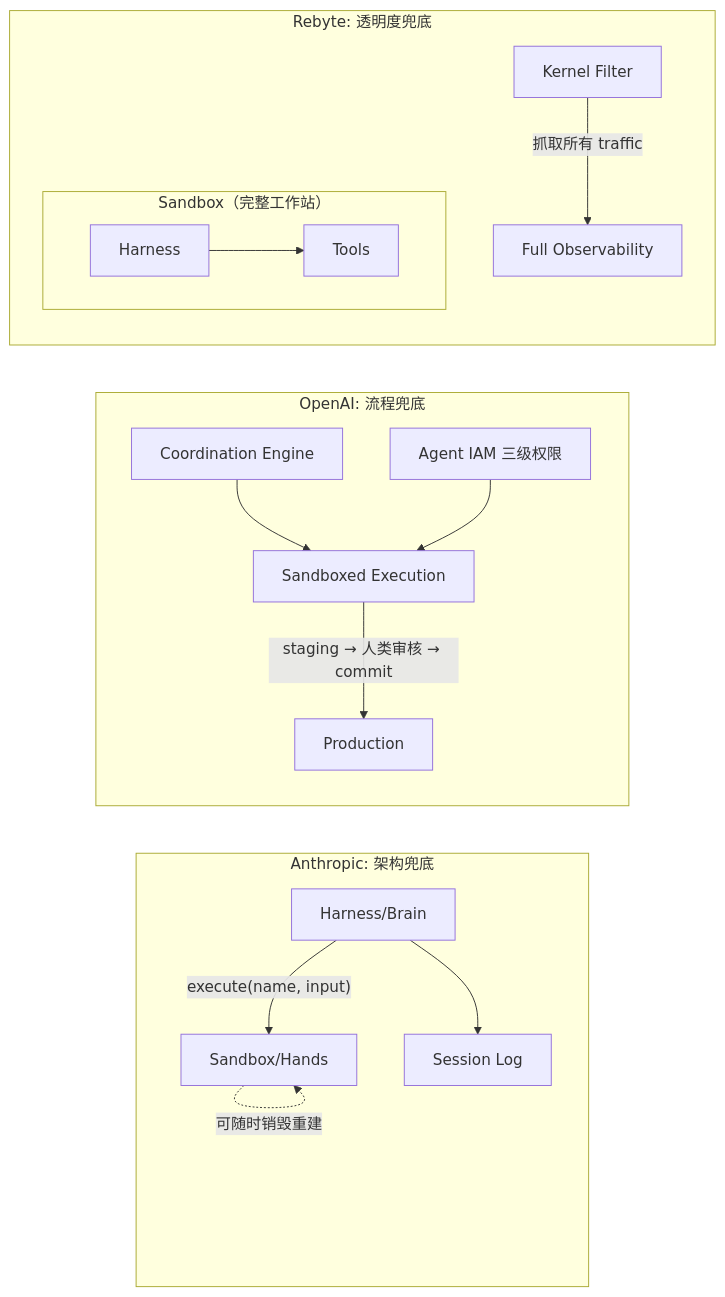
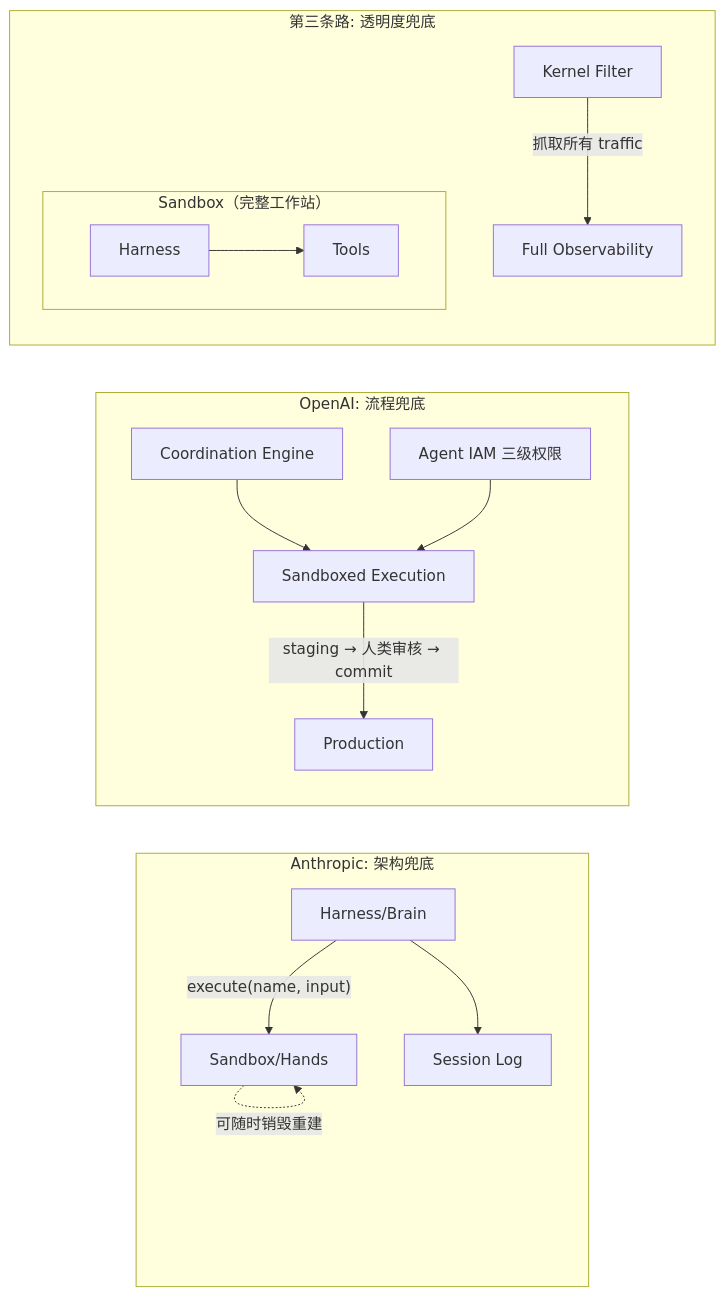
One commit to littlewwwhite/littlewwwhite.github.io changed the diagram in content/posts/260410/index.md. Above: the diagram before and after it, drawn with Mermaid. The commit also changed other lines of this file and 5 other files, not shown here.

First line of the commit message:
publish: update 260410 post + add figure captions + split publish/distribute skills

````diff
--- a/content/posts/260410/index.md
+++ b/content/posts/260410/index.md
@@ -71,19 +71,19 @@
 ```mermaid
 graph LR
     subgraph Anthropic["Anthropic: 架构兜底"]
         H1[Harness/Brain] -->|"execute(name, input)"| S1[Sandbox/Hands]
         H1 --> SL1[Session Log]
         S1 -.->|"可随时销毁重建"| S1
     end
     subgraph OpenAI["OpenAI: 流程兜底"]
         H2[Coordination Engine] --> S2[Sandboxed Execution]
         S2 -->|"staging → 人类审核 → commit"| P2[Production]
         IAM[Agent IAM 三级权限] --> S2
     end
-    subgraph Rebyte["Rebyte: 透明度兜底"]
+    subgraph ThirdWay["第三条路: 透明度兜底"]
         subgraph S3["Sandbox（完整工作站）"]
             H3[Harness] --> T3[Tools]
         end
         KF[Kernel Filter] -->|"抓取所有 traffic"| OB[Full Observability]
     end
 ```
````
